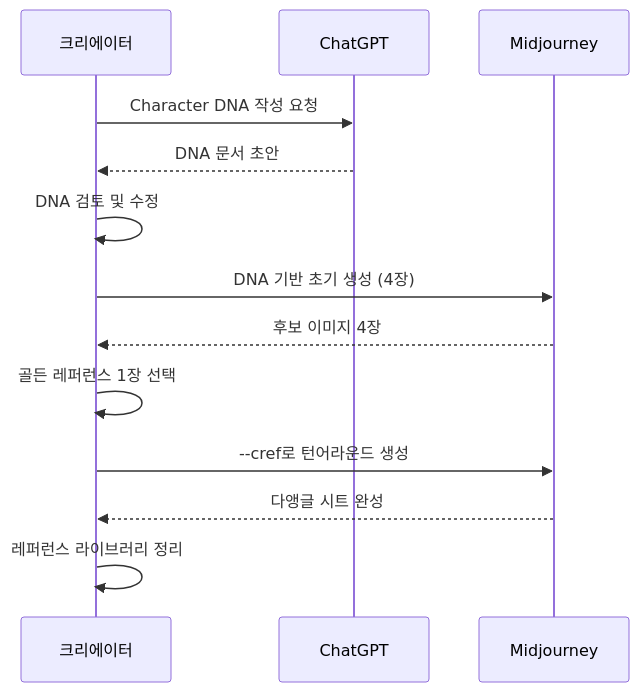
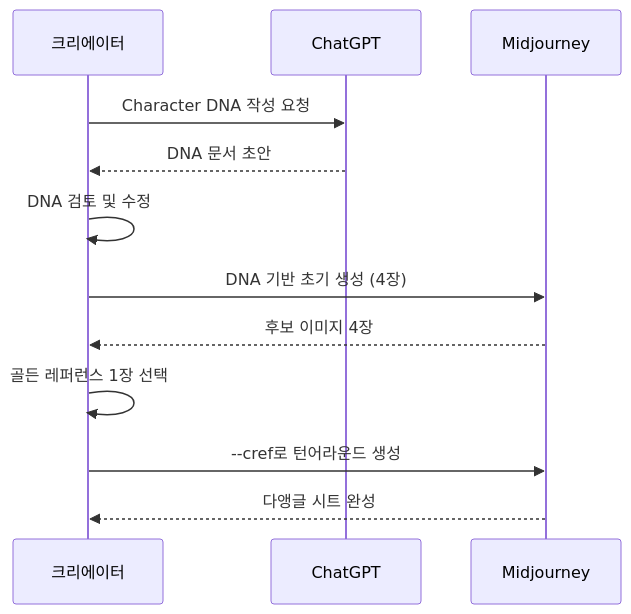
One commit to jsonpassion/forge-tutorial-promptcanvas changed the second of 3 diagrams in 08-ch8-캐릭터브랜드-스타일-일관성-유지/05-05-일관성-실전-프로젝트-캐릭터-스토리북.md. Above: the diagram before and after it, drawn with Mermaid. The commit also changed other lines of this file and 63 other files, not shown here.

````diff
--- a/08-ch8-캐릭터브랜드-스타일-일관성-유지/05-05-일관성-실전-프로젝트-캐릭터-스토리북.md
+++ b/08-ch8-캐릭터브랜드-스타일-일관성-유지/05-05-일관성-실전-프로젝트-캐릭터-스토리북.md
@@ -96,16 +65,15 @@
 ```mermaid
 sequenceDiagram
     participant 크리에이터
     participant ChatGPT
     participant Midjourney
-    
+
     크리에이터->>ChatGPT: Character DNA 작성 요청
     ChatGPT-->>크리에이터: DNA 문서 초안
     크리에이터->>크리에이터: DNA 검토 및 수정
     크리에이터->>Midjourney: DNA 기반 초기 생성 (4장)
     Midjourney-->>크리에이터: 후보 이미지 4장
     크리에이터->>크리에이터: 골든 레퍼런스 1장 선택
     크리에이터->>Midjourney: --cref로 턴어라운드 생성
     Midjourney-->>크리에이터: 다앵글 시트 완성
-    크리에이터->>크리에이터: 레퍼런스 라이브러리 정리
 ```
````
